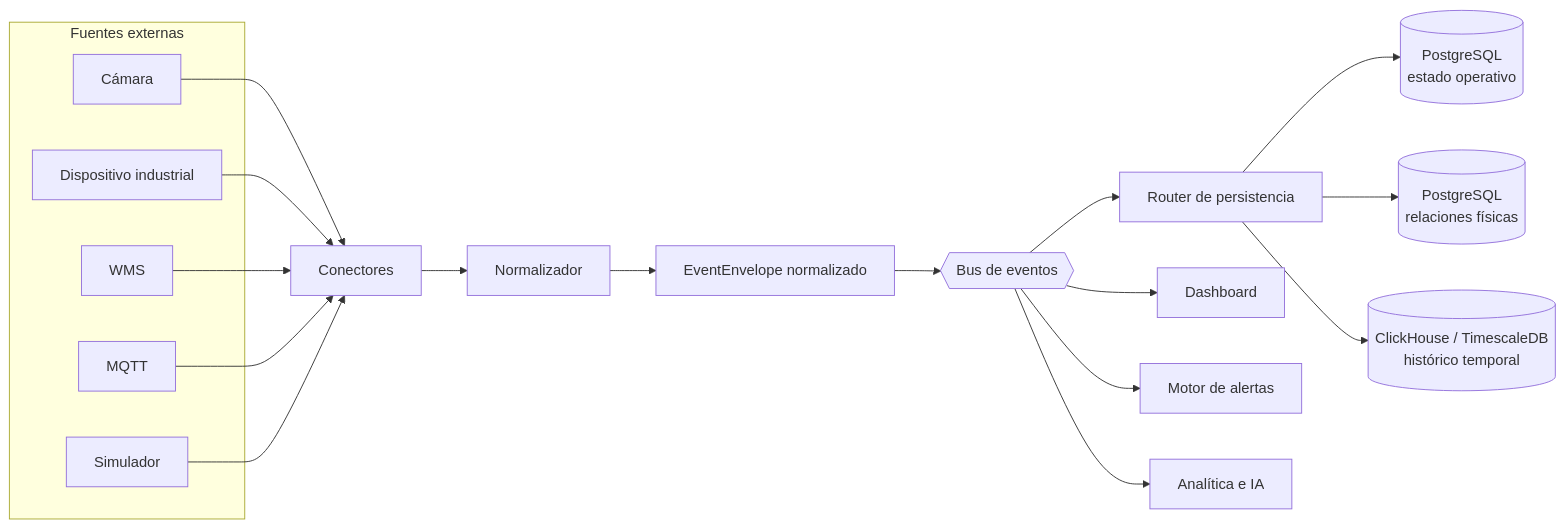
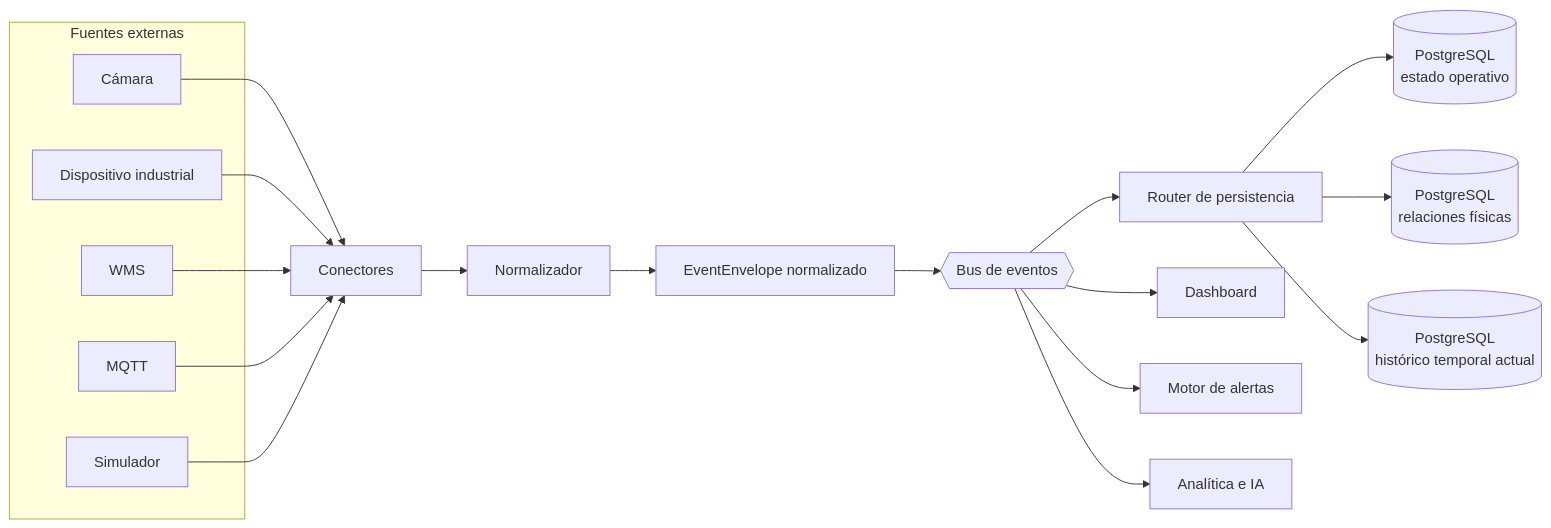
One commit to dfr2098/broder changed the first of 9 diagrams in core/rs/ARCHITECTURE.md. Above: the diagram before and after it, drawn with Mermaid. The commit also changed other lines of this file and 88 other files, not shown here.

````diff
--- a/core/rs/ARCHITECTURE.md
+++ b/core/rs/ARCHITECTURE.md
@@ -18,29 +18,29 @@
 ```mermaid
 flowchart LR
     subgraph Fuentes[Fuentes externas]
         CAM[Cámara]
         DEV[Dispositivo industrial]
         WMS[WMS]
         MQTT[MQTT]
         SIM[Simulador]
     end
 
     CAM --> CON[Conectores]
     DEV --> CON
     WMS --> CON
     MQTT --> CON
     SIM --> CON
 
     CON --> NOR[Normalizador]
     NOR --> ENV[EventEnvelope normalizado]
     ENV --> BUS{{Bus de eventos}}
 
     BUS --> PER[Router de persistencia]
     BUS --> DASH[Dashboard]
     BUS --> ALT[Motor de alertas]
     BUS --> ANA[Analítica e IA]
 
     PER --> PG[(PostgreSQL<br/>estado operativo)]
     PER --> REL[(PostgreSQL<br/>relaciones físicas)]
-    PER --> TEMP[(ClickHouse / TimescaleDB<br/>histórico temporal)]
+    PER --> TEMP[(PostgreSQL<br/>histórico temporal actual)]
 ```
````
